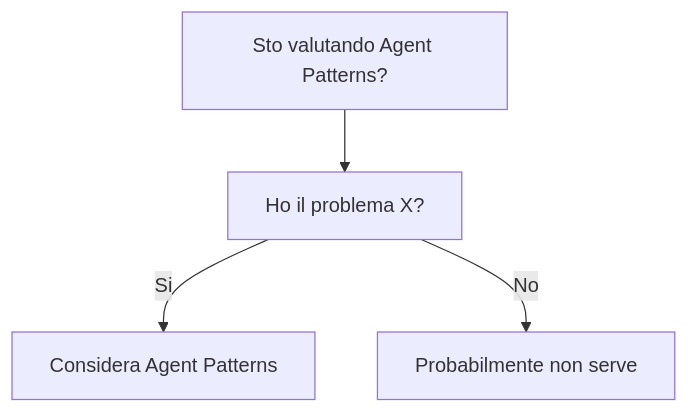
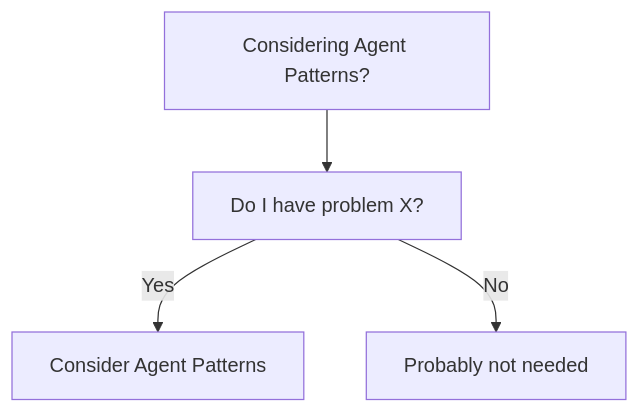
One commit to HxT9/Software-Dev-Wiki changed the diagram in dev-wiki/22_AI_ML_Integration/Agent_Patterns/When_To_Use.md. Above: the diagram before and after it, drawn with Mermaid. The commit also changed other lines of this file and 3444 other files, not shown here.

````diff
--- a/dev-wiki/22_AI_ML_Integration/Agent_Patterns/When_To_Use.md
+++ b/dev-wiki/22_AI_ML_Integration/Agent_Patterns/When_To_Use.md
@@ -19,6 +19,6 @@
 ```mermaid
 flowchart TD
-  Q[Sto valutando Agent Patterns?] --> Q1[Ho il problema X?]
-  Q1 -->|Si| OK[Considera Agent Patterns]
-  Q1 -->|No| NO[Probabilmente non serve]
+  Q[Considering Agent Patterns?] --> Q1[Do I have problem X?]
+  Q1 -->|Yes| OK[Consider Agent Patterns]
+  Q1 -->|No| NO[Probably not needed]
 ```
````
